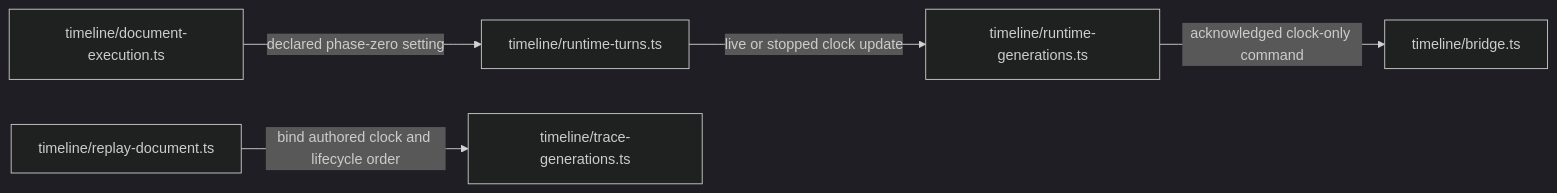
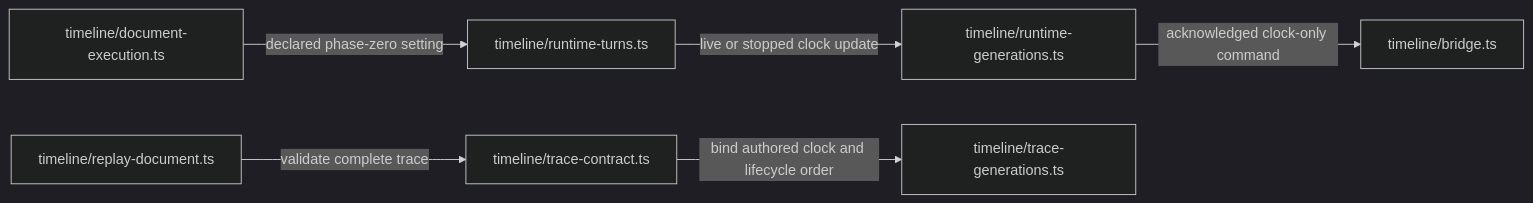
Diagram 29 of 29 in workbench/docs/source-map.md (sproates/zooglass), drawn with Mermaid (dark theme) before and after one commit. The commit also changed other lines of this file and 16 other files, not shown here.

````diff
--- a/workbench/docs/source-map.md
+++ b/workbench/docs/source-map.md
@@ -762,7 +770,8 @@
 ```mermaid
 flowchart LR
   execution["timeline/document-execution.ts"] -->|declared phase-zero setting| turns["timeline/runtime-turns.ts"]
   turns -->|live or stopped clock update| owner["timeline/runtime-generations.ts"]
   owner -->|acknowledged clock-only command| bridge["timeline/bridge.ts"]
-  replay["timeline/replay-document.ts"] -->|bind authored clock and lifecycle order| trace["timeline/trace-generations.ts"]
+  replay["timeline/replay-document.ts"] -->|validate complete trace| contract["timeline/trace-contract.ts"]
+  contract -->|bind authored clock and lifecycle order| trace["timeline/trace-generations.ts"]
 ```
````
